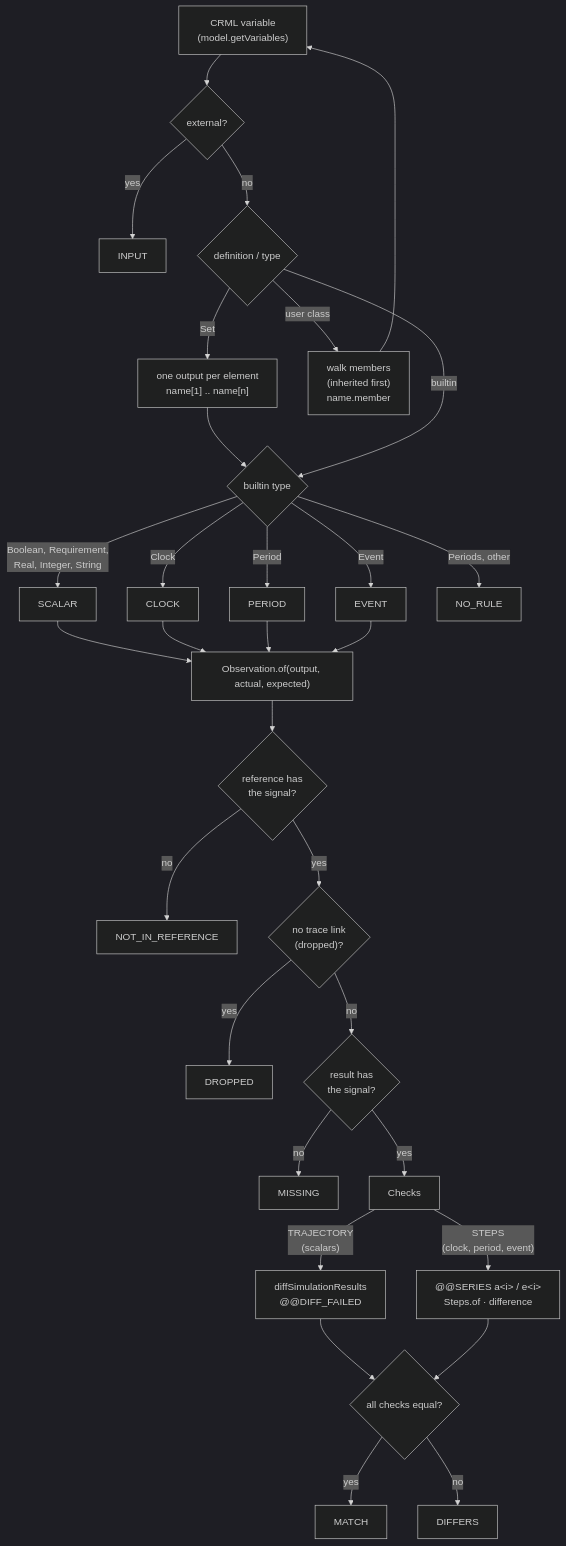
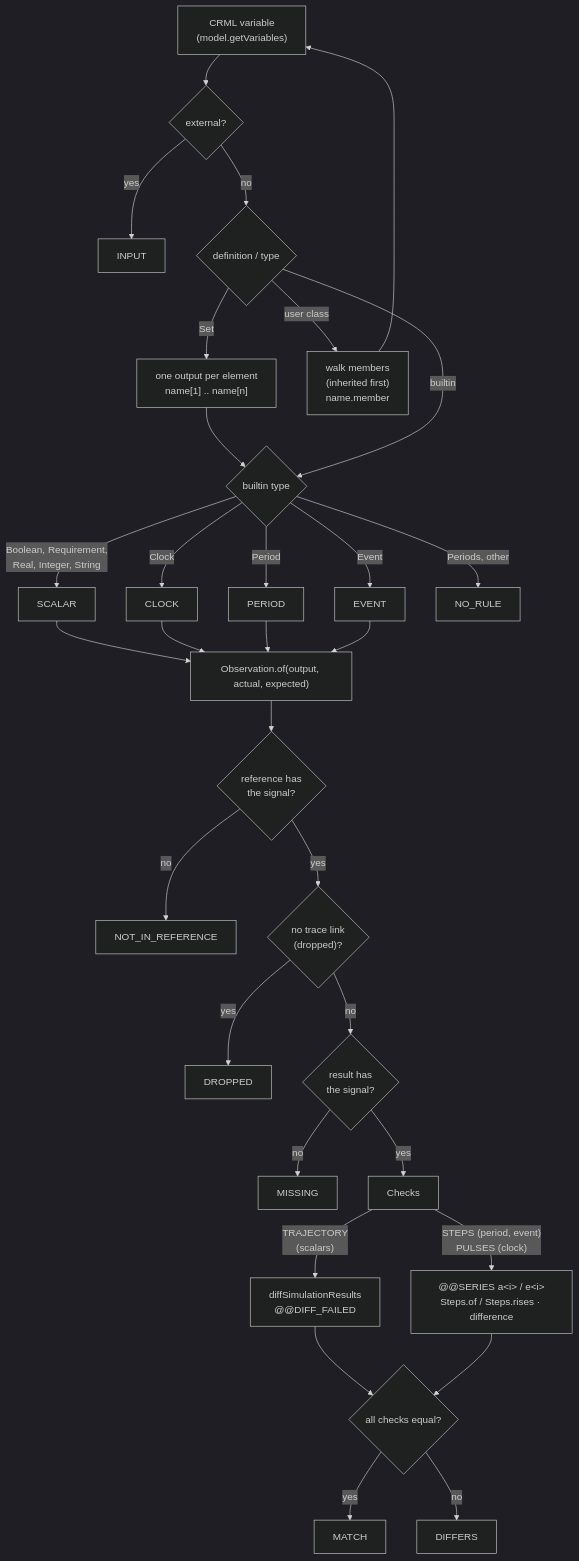
One commit to OpenModelica/CRML changed the fifth of 5 diagrams in submodules/compiler/VERIFICATION_README.md. Above: the diagram before and after it, drawn with Mermaid (dark theme). The commit also changed other lines of this file and 377 other files, not shown here.

````diff
--- a/submodules/compiler/VERIFICATION_README.md
+++ b/submodules/compiler/VERIFICATION_README.md
@@ -380,28 +382,28 @@
 ```mermaid
 flowchart TD
     var["CRML variable<br/>(model.getVariables)"] --> ext{"external?"}
     ext -->|yes| IN["INPUT"]
     ext -->|no| shape{"definition / type"}
     shape -->|"Set"| elems["one output per element<br/>name[1] .. name[n]"] --> kind
     shape -->|"user class"| members["walk members<br/>(inherited first)<br/>name.member"] --> var
     shape -->|"builtin"| kind{"builtin type"}
     kind -->|"Boolean, Requirement,<br/>Real, Integer, String"| SC["SCALAR"]
     kind -->|"Clock"| CL["CLOCK"]
     kind -->|"Period"| PE["PERIOD"]
     kind -->|"Event"| EV["EVENT"]
     kind -->|"Periods, other"| NR["NO_RULE"]
 
     SC & CL & PE & EV --> obs["Observation.of(output, actual, expected)"]
     obs --> unobs{"reference has<br/>the signal?"}
     unobs -->|no| NIR["NOT_IN_REFERENCE"]
     unobs -->|yes| dr{"no trace link<br/>(dropped)?"}
     dr -->|yes| DR["DROPPED"]
     dr -->|no| miss{"result has<br/>the signal?"}
     miss -->|no| MS["MISSING"]
     miss -->|yes| chk["Checks"]
     chk -->|"TRAJECTORY<br/>(scalars)"| diff["diffSimulationResults<br/>@@DIFF_FAILED"]
-    chk -->|"STEPS<br/>(clock, period, event)"| st["@@SERIES a&lt;i&gt; / e&lt;i&gt;<br/>Steps.of · difference"]
+    chk -->|"STEPS (period, event)<br/>PULSES (clock)"| st["@@SERIES a&lt;i&gt; / e&lt;i&gt;<br/>Steps.of / Steps.rises · difference"]
     diff & st --> res{"all checks equal?"}
     res -->|yes| MA["MATCH"]
     res -->|no| DI["DIFFERS"]
 ```
````
